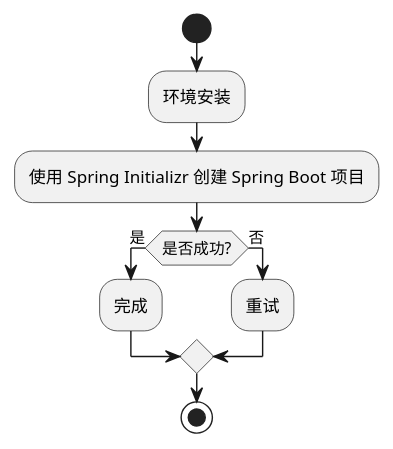
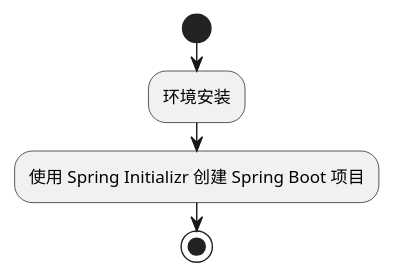
Before and after one commit to sanue/MemoManager: the diagram in プロジェクト作成（JAVA）.puml, drawn with PlantUML. The commit also changed other lines of this file and 5 other files, not shown here.

```diff
--- a/プロジェクト作成（JAVA）.puml
+++ b/プロジェクト作成（JAVA）.puml
@@ -3,11 +1,6 @@
 @startuml
 start
 :环境安装;
 :使用 Spring Initializr 创建 Spring Boot 项目;
-if (是否成功?) then (是)
-  :完成;
-else (否)
-  :重试;
-endif
 stop
 @enduml
```
